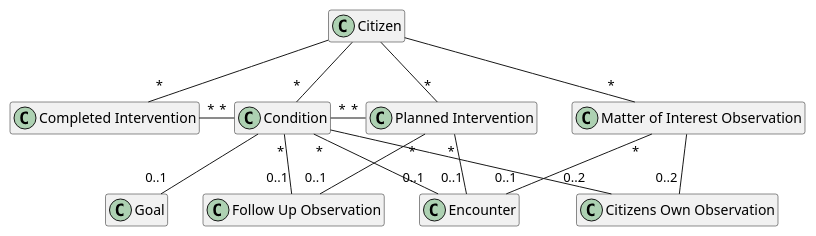
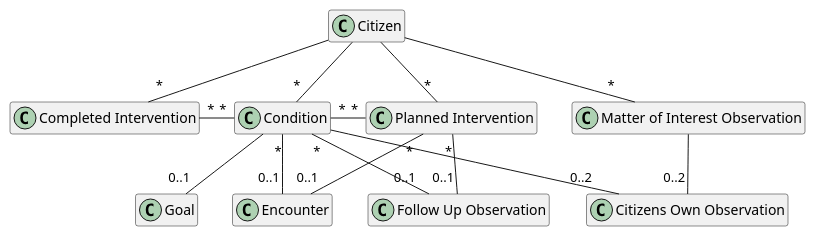
Before and after one commit to hl7dk/kl-gateway: the diagram in puml/GatewayModel.puml, drawn with PlantUML. The commit also changed 3 other files, not shown here.

```diff
--- a/puml/GatewayModel.puml
+++ b/puml/GatewayModel.puml
@@ -1,37 +1,35 @@
     @startuml GatewayModel
 
     hide empty members
 
     class "Citizen" as citizen
     class "Completed Intervention" as completedIntervention
     class "Condition" as condition
     class "Planned Intervention" as carePlannedIntervention
     class "Goal" as goal
     class "Citizens Own Observation" as citizensOwnObservation
     class "Encounter" as encounter
     class "Follow Up Observation" as careFollowUpObservation
     class "Matter of Interest Observation" as matterOfInterestObservation
 
     citizen --"*" condition
     citizen --"*" matterOfInterestObservation
     citizen --"*" carePlannedIntervention
     citizen --"*" completedIntervention
 
     condition --"0..1" goal
     condition --"0..2" citizensOwnObservation
 
     matterOfInterestObservation --"0..2" citizensOwnObservation
 
     condition "*"--"0..1" encounter
 
     completedIntervention "*"-"*" condition
     condition "*"-"*" carePlannedIntervention
 
     carePlannedIntervention "*"-"0..1" encounter
 
-    matterOfInterestObservation "*"--"0..1" encounter
-
     carePlannedIntervention "*"--"0..1" careFollowUpObservation
     condition "*"--"0..1" careFollowUpObservation
 
     @enduml
```
